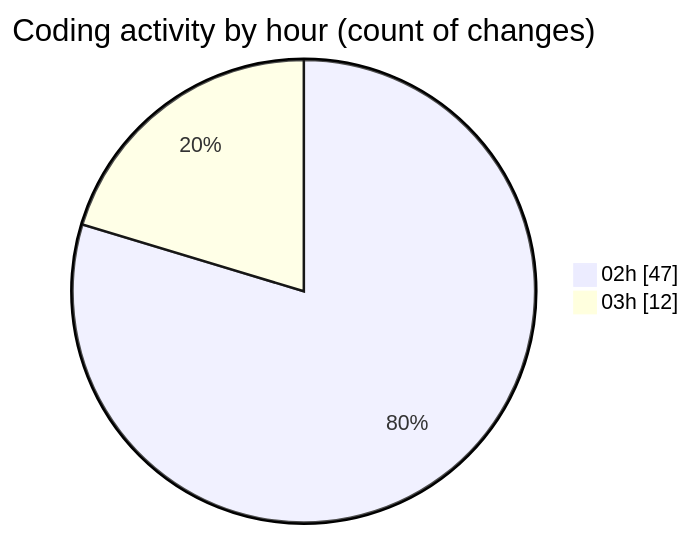
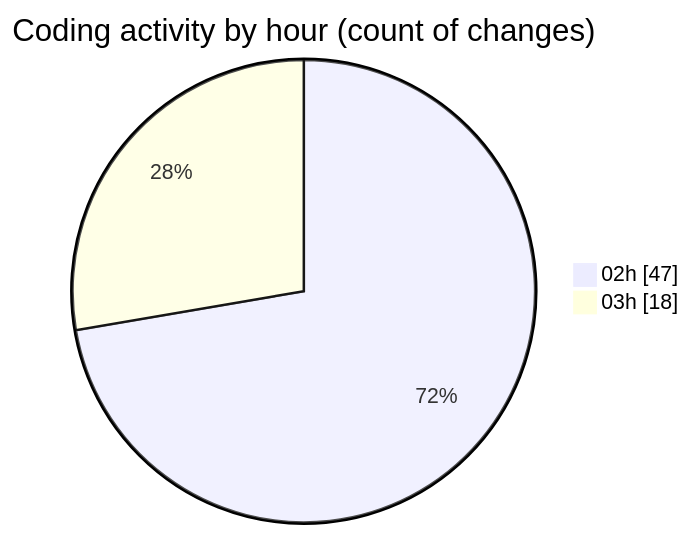
The second of 2 diagrams in 2025-01-02/3drust/README.md (ernivani/code-tracking), drawn with Mermaid before and after one commit. The commit also changed other lines of this file and 2 other files, not shown here.

````diff
--- a/2025-01-02/3drust/README.md
+++ b/2025-01-02/3drust/README.md
@@ -36,6 +36,6 @@
 ```mermaid
 pie showData
 title Coding activity by hour (count of changes)
 "02h" : 47
-"03h" : 12
+"03h" : 18
 ```
````
